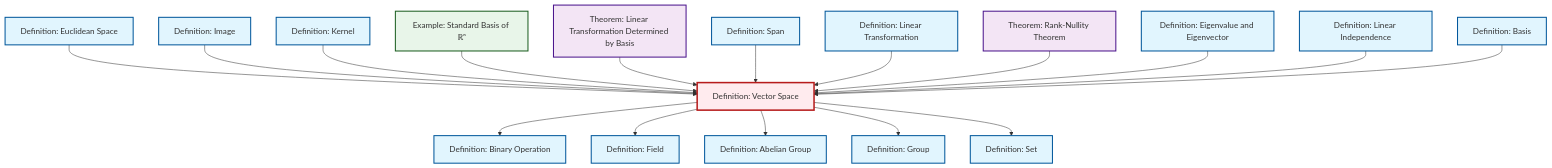
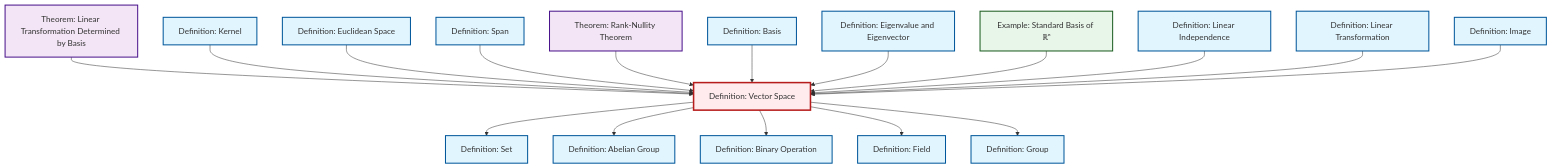
One commit to RK0429/ModernMath changed the diagram in content/en/algebra/def-vector-space.qmd. Above: the diagram before and after it, drawn with Mermaid. The commit also changed other lines of this file and 531 other files, not shown here.

````diff
--- a/content/en/algebra/def-vector-space.qmd
+++ b/content/en/algebra/def-vector-space.qmd
@@ -51,59 +51,59 @@
 ```{mermaid}
 %%| fig-cap: "Local dependency graph"
 graph TD
     classDef definition fill:#e1f5fe,stroke:#01579b,stroke-width:2px
     classDef theorem fill:#f3e5f5,stroke:#4a148c,stroke-width:2px
     classDef axiom fill:#fff3e0,stroke:#e65100,stroke-width:2px
     classDef example fill:#e8f5e9,stroke:#1b5e20,stroke-width:2px
     classDef current fill:#ffebee,stroke:#b71c1c,stroke-width:3px
+    def-abelian-group["Definition: Abelian Group"]:::definition
+    def-set["Definition: Set"]:::definition
+    thm-linear-transformation-basis["Theorem: Linear Transformation Determined by Basis"]:::theorem
+    thm-rank-nullity["Theorem: Rank-Nullity Theorem"]:::theorem
     def-field["Definition: Field"]:::definition
+    def-image["Definition: Image"]:::definition
+    ex-standard-basis-rn["Example: Standard Basis of ℝⁿ"]:::example
+    def-euclidean-space["Definition: Euclidean Space"]:::definition
+    def-group["Definition: Group"]:::definition
+    def-linear-transformation["Definition: Linear Transformation"]:::definition
+    def-eigenvalue-eigenvector["Definition: Eigenvalue and Eigenvector"]:::definition
+    def-vector-space["Definition: Vector Space"]:::definition
+    def-span["Definition: Span"]:::definition
+    def-binary-operation["Definition: Binary Operation"]:::definition
+    def-linear-independence["Definition: Linear Independence"]:::definition
+    def-basis["Definition: Basis"]:::definition
     def-kernel["Definition: Kernel"]:::definition
-    def-eigenvalue-eigenvector["Definition: Eigenvalue and Eigenvector"]:::definition
-    def-set["Definition: Set"]:::definition
-    thm-rank-nullity["Theorem: Rank-Nullity Theorem"]:::theorem
-    def-vector-space["Definition: Vector Space"]:::definition
-    def-basis["Definition: Basis"]:::definition
-    def-image["Definition: Image"]:::definition
-    def-euclidean-space["Definition: Euclidean Space"]:::definition
-    def-binary-operation["Definition: Binary Operation"]:::definition
-    def-linear-transformation["Definition: Linear Transformation"]:::definition
-    def-linear-independence["Definition: Linear Independence"]:::definition
-    def-group["Definition: Group"]:::definition
-    ex-standard-basis-rn["Example: Standard Basis of ℝⁿ"]:::example
-    thm-linear-transformation-basis["Theorem: Linear Transformation Determined by Basis"]:::theorem
-    def-abelian-group["Definition: Abelian Group"]:::definition
-    def-span["Definition: Span"]:::definition
+    def-vector-space --> def-set
+    thm-linear-transformation-basis --> def-vector-space
+    def-kernel --> def-vector-space
+    def-euclidean-space --> def-vector-space
+    def-span --> def-vector-space
+    thm-rank-nullity --> def-vector-space
+    def-basis --> def-vector-space
+    def-vector-space --> def-abelian-group
     def-vector-space --> def-binary-operation
+    def-eigenvalue-eigenvector --> def-vector-space
+    ex-standard-basis-rn --> def-vector-space
+    def-linear-independence --> def-vector-space
     def-vector-space --> def-field
-    def-vector-space --> def-abelian-group
-    def-euclidean-space --> def-vector-space
+    def-linear-transformation --> def-vector-space
     def-image --> def-vector-space
-    def-kernel --> def-vector-space
-    ex-standard-basis-rn --> def-vector-space
-    thm-linear-transformation-basis --> def-vector-space
-    def-span --> def-vector-space
-    def-linear-transformation --> def-vector-space
     def-vector-space --> def-group
-    thm-rank-nullity --> def-vector-space
-    def-eigenvalue-eigenvector --> def-vector-space
-    def-vector-space --> def-set
-    def-linear-independence --> def-vector-space
-    def-basis --> def-vector-space
     class def-vector-space current
+    click def-abelian-group "def-abelian-group.html" "Go to Abelian Group definition"
+    click def-set "def-set.html" "Go to Set definition"
+    click thm-linear-transformation-basis "thm-linear-transformation-basis.html" "Go to Linear Transformation Determined by Basis theorem"
+    click thm-rank-nullity "thm-rank-nullity.html" "Go to Rank-Nullity Theorem theorem"
     click def-field "def-field.html" "Go to Field definition"
+    click def-image "def-image.html" "Go to Image definition"
+    click ex-standard-basis-rn "ex-standard-basis-rn.html" "Go to Standard Basis of ℝⁿ example"
+    click def-euclidean-space "def-euclidean-space.html" "Go to Euclidean Space definition"
+    click def-group "def-group.html" "Go to Group definition"
+    click def-linear-transformation "def-linear-transformation.html" "Go to Linear Transformation definition"
+    click def-eigenvalue-eigenvector "def-eigenvalue-eigenvector.html" "Go to Eigenvalue and Eigenvector definition"
+    click def-span "def-span.html" "Go to Span definition"
+    click def-binary-operation "def-binary-operation.html" "Go to Binary Operation definition"
+    click def-linear-independence "def-linear-independence.html" "Go to Linear Independence definition"
+    click def-basis "def-basis.html" "Go to Basis definition"
     click def-kernel "def-kernel.html" "Go to Kernel definition"
-    click def-eigenvalue-eigenvector "def-eigenvalue-eigenvector.html" "Go to Eigenvalue and Eigenvector definition"
-    click def-set "def-set.html" "Go to Set definition"
-    click thm-rank-nullity "thm-rank-nullity.html" "Go to Rank-Nullity Theorem theorem"
-    click def-basis "def-basis.html" "Go to Basis definition"
-    click def-image "def-image.html" "Go to Image definition"
-    click def-euclidean-space "def-euclidean-space.html" "Go to Euclidean Space definition"
-    click def-binary-operation "def-binary-operation.html" "Go to Binary Operation definition"
-    click def-linear-transformation "def-linear-transformation.html" "Go to Linear Transformation definition"
-    click def-linear-independence "def-linear-independence.html" "Go to Linear Independence definition"
-    click def-group "def-group.html" "Go to Group definition"
-    click ex-standard-basis-rn "ex-standard-basis-rn.html" "Go to Standard Basis of ℝⁿ example"
-    click thm-linear-transformation-basis "thm-linear-transformation-basis.html" "Go to Linear Transformation Determined by Basis theorem"
-    click def-abelian-group "def-abelian-group.html" "Go to Abelian Group definition"
-    click def-span "def-span.html" "Go to Span definition"
 ```
````
